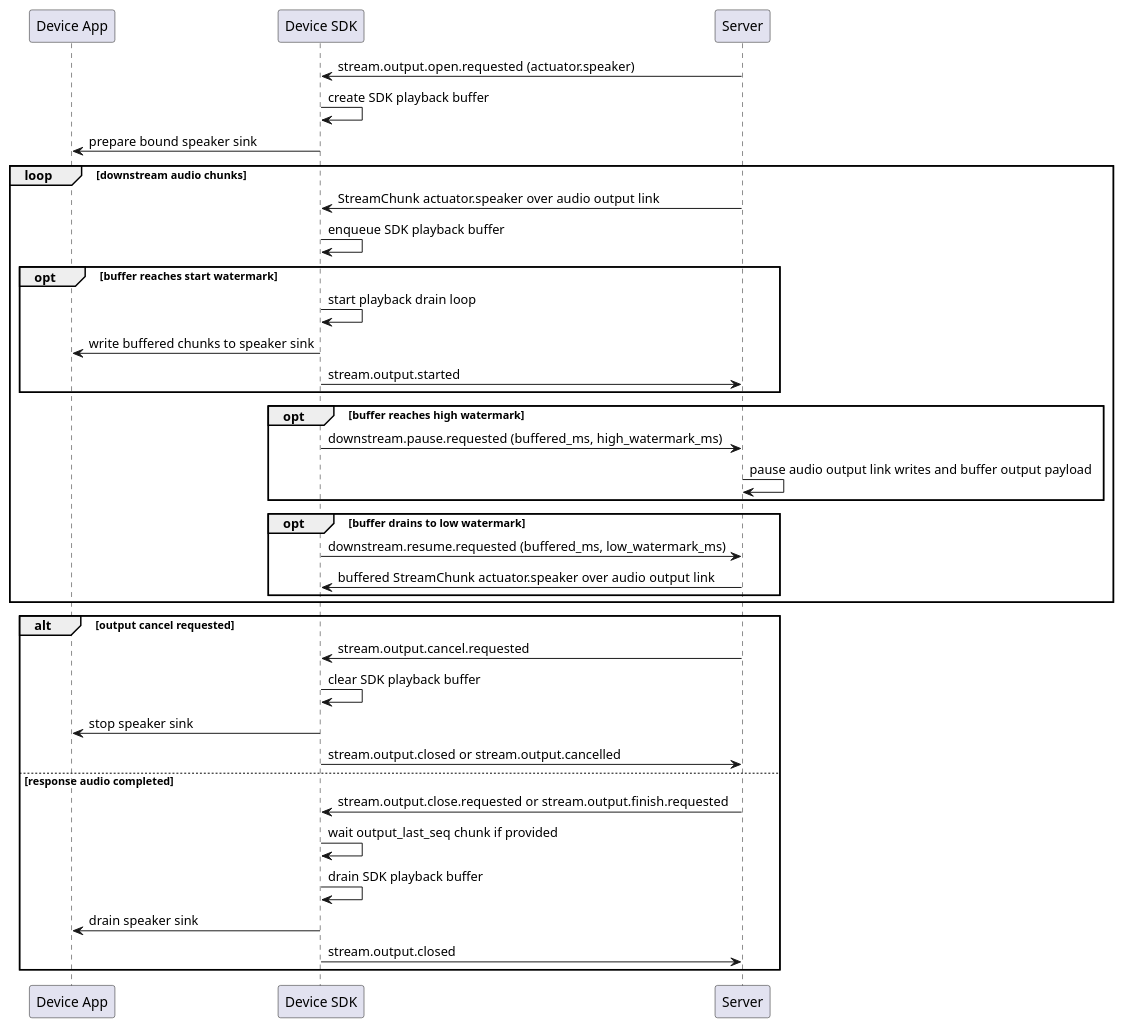
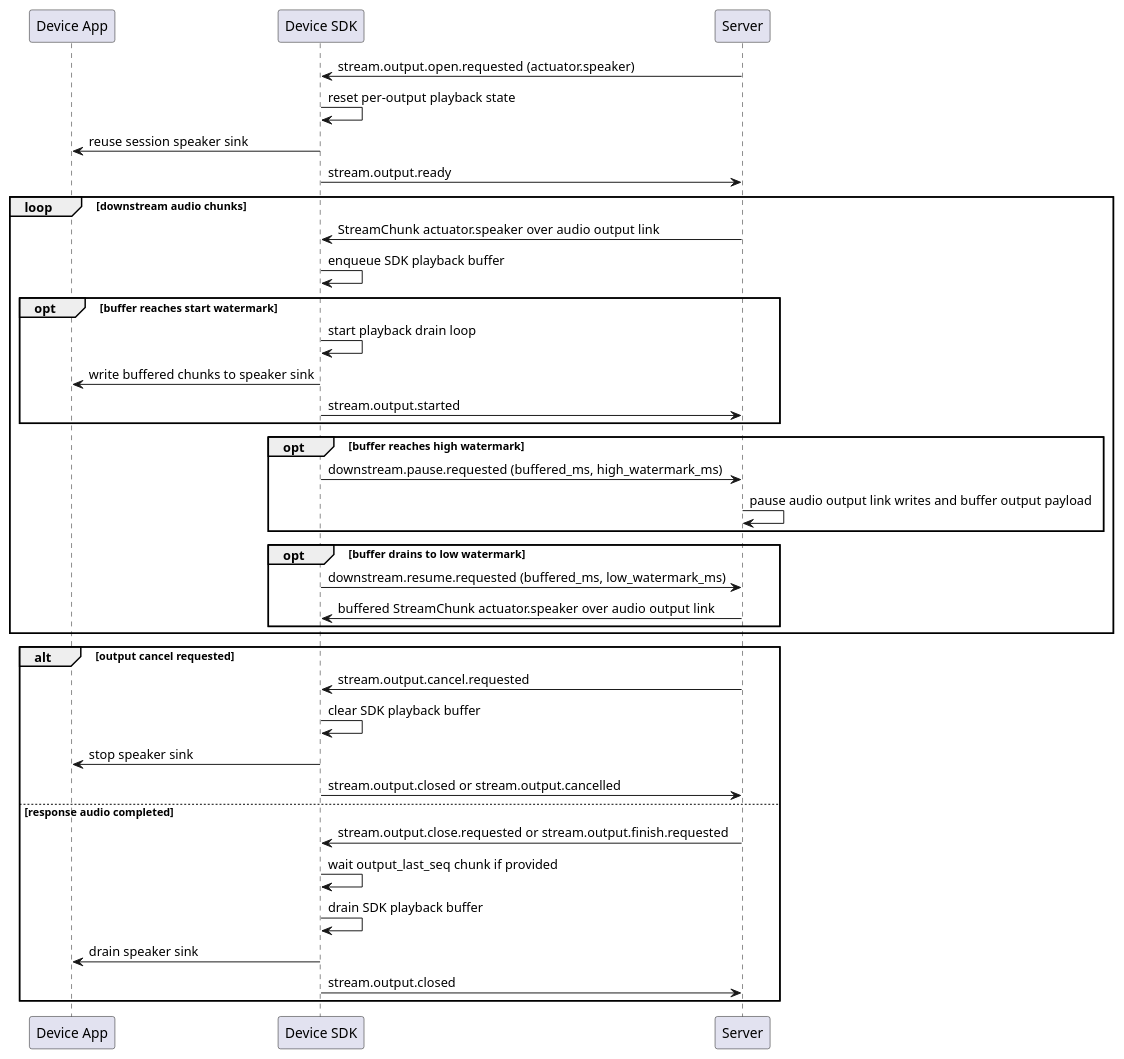
The fourth of 6 diagrams in docs/reference/device-sdk-event-blueprint.md (HengeLiu/RealtimeAgent), drawn with PlantUML before and after one commit. The commit also changed other lines of this file and 24 other files, not shown here.

````diff
--- a/docs/reference/device-sdk-event-blueprint.md
+++ b/docs/reference/device-sdk-event-blueprint.md
@@ -278,40 +286,41 @@
 ```plantuml
 @startuml
 participant "Device App" as App
 participant "Device SDK" as SDK
 participant Server
 
 Server -> SDK: stream.output.open.requested (actuator.speaker)
-SDK -> SDK: create SDK playback buffer
-SDK -> App: prepare bound speaker sink
+SDK -> SDK: reset per-output playback state
+SDK -> App: reuse session speaker sink
+SDK -> Server: stream.output.ready
 loop downstream audio chunks
   Server -> SDK: StreamChunk actuator.speaker over audio output link
   SDK -> SDK: enqueue SDK playback buffer
   opt buffer reaches start watermark
     SDK -> SDK: start playback drain loop
     SDK -> App: write buffered chunks to speaker sink
     SDK -> Server: stream.output.started
   end
   opt buffer reaches high watermark
     SDK -> Server: downstream.pause.requested (buffered_ms, high_watermark_ms)
     Server -> Server: pause audio output link writes and buffer output payload
   end
   opt buffer drains to low watermark
     SDK -> Server: downstream.resume.requested (buffered_ms, low_watermark_ms)
     Server -> SDK: buffered StreamChunk actuator.speaker over audio output link
   end
 end
 alt output cancel requested
   Server -> SDK: stream.output.cancel.requested
   SDK -> SDK: clear SDK playback buffer
   SDK -> App: stop speaker sink
   SDK -> Server: stream.output.closed or stream.output.cancelled
 else response audio completed
   Server -> SDK: stream.output.close.requested or stream.output.finish.requested
   SDK -> SDK: wait output_last_seq chunk if provided
   SDK -> SDK: drain SDK playback buffer
   SDK -> App: drain speaker sink
   SDK -> Server: stream.output.closed
 end
 @enduml
 ```
````
